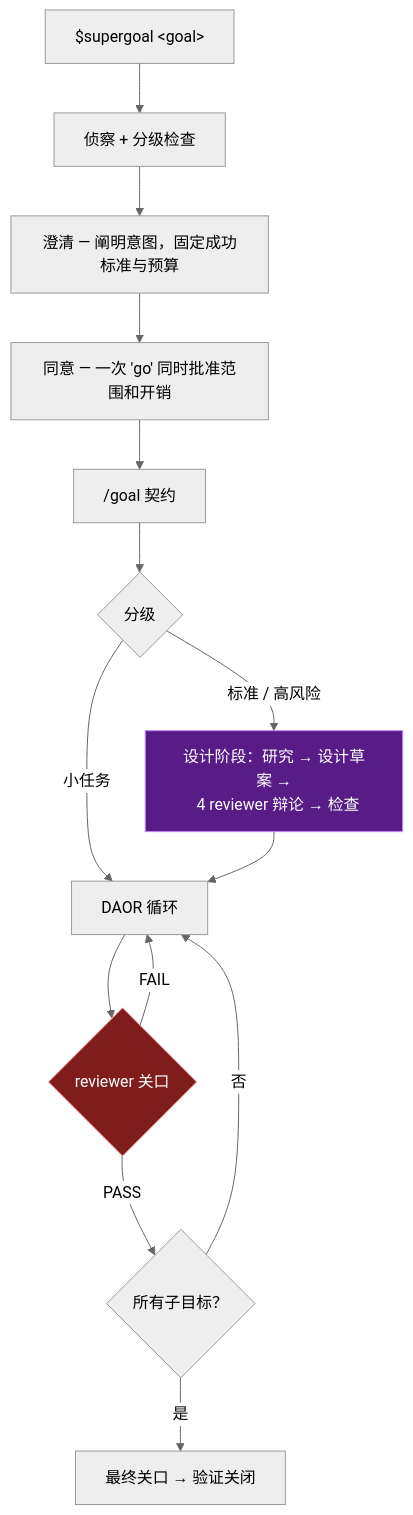
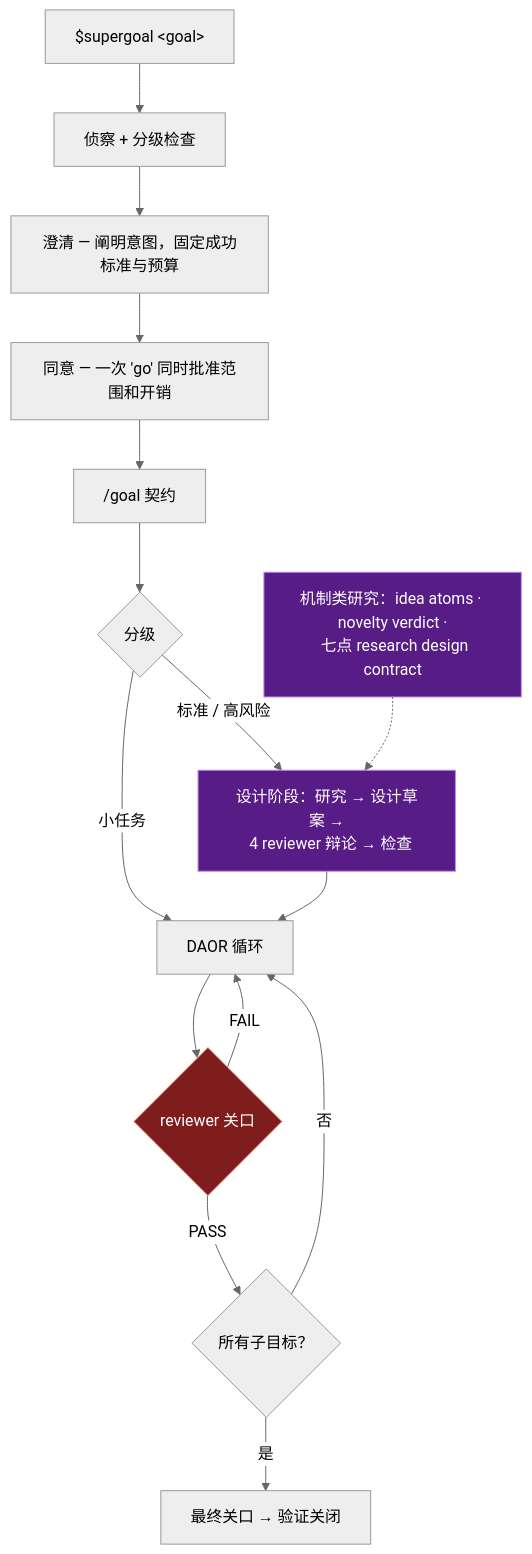
The diagram in README.zh-CN.md (lidapengpeng/SuperGoal-Skill), drawn with Mermaid (neutral theme) before and after one commit. The commit also changed 1 other file, not shown here.

Commit message:
Add mechanism-research note to README workflow diagrams

````diff
--- a/README.zh-CN.md
+++ b/README.zh-CN.md
@@ -43,22 +43,24 @@
 ```mermaid
 flowchart TD
   A["$supergoal &lt;goal&gt;"] --> B["侦察 + 分级检查"]
   B --> C["澄清 — 阐明意图，固定成功标准与预算"]
   C --> D["同意 — 一次 'go' 同时批准范围和开销"]
   D --> E["/goal 契约"]
   E --> F{"分级"}
   F -->|标准 / 高风险| G["设计阶段：研究 → 设计草案 →
   4 reviewer 辩论 → 检查"]
   F -->|小任务| H["DAOR 循环"]
+  M["机制类研究：idea atoms · novelty verdict ·
+  七点 research design contract"] -.-> G
   G --> H
   H --> I{"reviewer 关口"}
   I -->|FAIL| H
   I -->|PASS| J{"所有子目标？"}
   J -->|否| H
   J -->|是| K["最终关口 → 验证关闭"]
 
   classDef gate fill:#7f1d1d,stroke:#fca5a5,color:#fff;
   classDef design fill:#581c87,stroke:#c084fc,color:#fff;
   class I gate;
-  class G design;
+  class G,M design;
 ```
````
